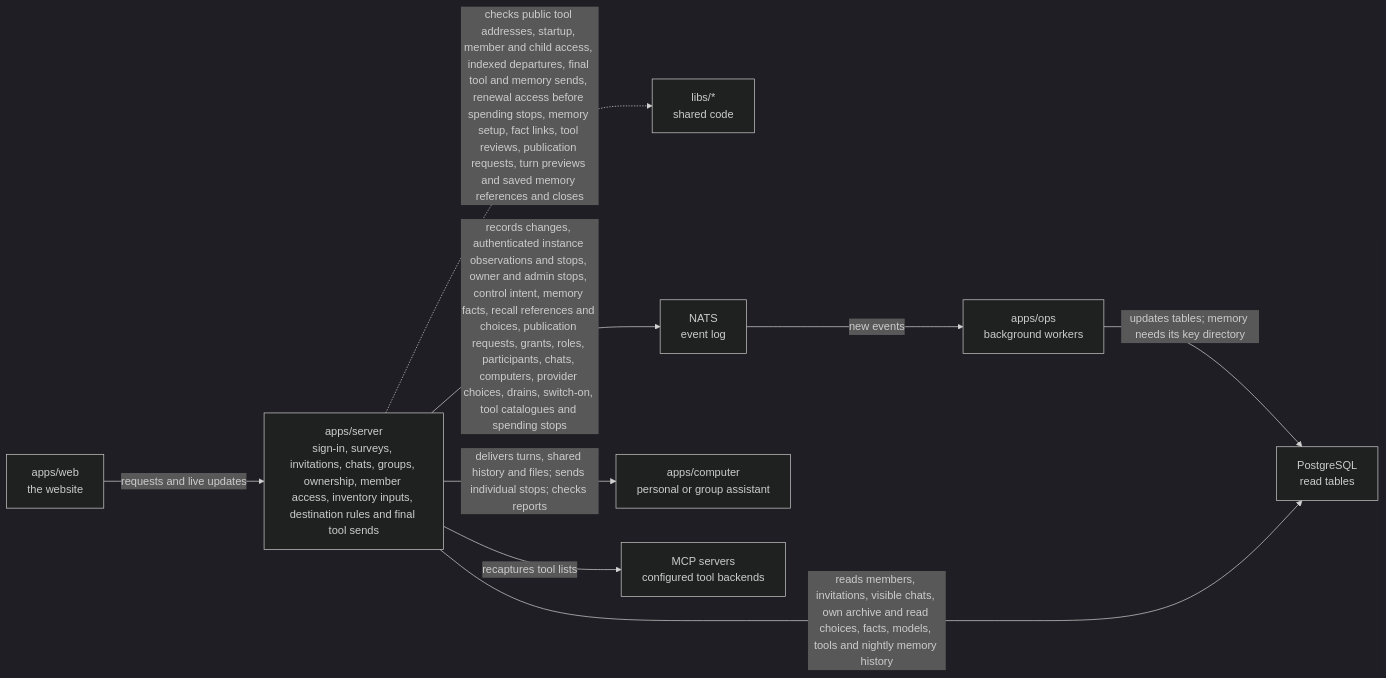
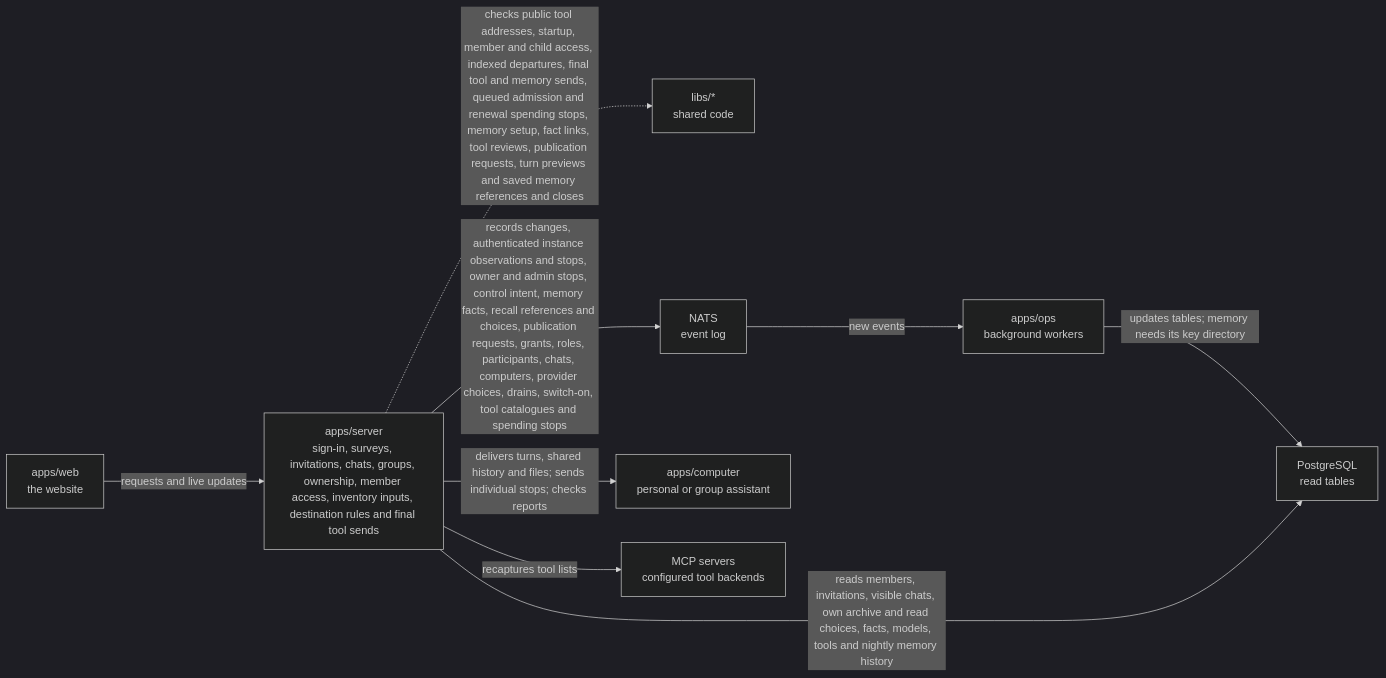
The diagram in apps/server/README.md (elewa-git/opencrane-new), drawn with Mermaid (dark theme) before and after one commit. The commit also changed other lines of this file and 22 other files, not shown here.

Commit message:
🛑 Record budget stops for running turns and queued messages

````diff
--- a/apps/server/README.md
+++ b/apps/server/README.md
@@ -11,11 +11,11 @@
 ```mermaid
 flowchart LR
   web["apps/web<br/>the website"] -->|requests and live updates| server["apps/server<br/>sign-in, surveys, invitations, chats, groups, ownership, member access, inventory inputs, destination rules and final tool sends"]
-  server -.->|checks public tool addresses, startup, member and child access, indexed departures, final tool and memory sends, renewal access before spending stops, memory setup, fact links, tool reviews, publication requests, turn previews and saved memory references and closes| libs["libs/*<br/>shared code"]
+  server -.->|checks public tool addresses, startup, member and child access, indexed departures, final tool and memory sends, queued admission and renewal spending stops, memory setup, fact links, tool reviews, publication requests, turn previews and saved memory references and closes| libs["libs/*<br/>shared code"]
   server -->|records changes, authenticated instance observations and stops, owner and admin stops, control intent, memory facts, recall references and choices, publication requests, grants, roles, participants, chats, computers, provider choices, drains, switch-on, tool catalogues and spending stops| nats["NATS<br/>event log"]
   nats -->|new events| ops["apps/ops<br/>background workers"]
   ops -->|updates tables; memory needs its key directory| postgres["PostgreSQL<br/>read tables"]
   server -->|reads members, invitations, visible chats, own archive and read choices, facts, models, tools and nightly memory history| postgres
   server -->|delivers turns, shared history and files; sends individual stops; checks reports| computer["apps/computer<br/>personal or group assistant"]
   server -->|recaptures tool lists| mcp["MCP servers<br/>configured tool backends"]
 ```
````
